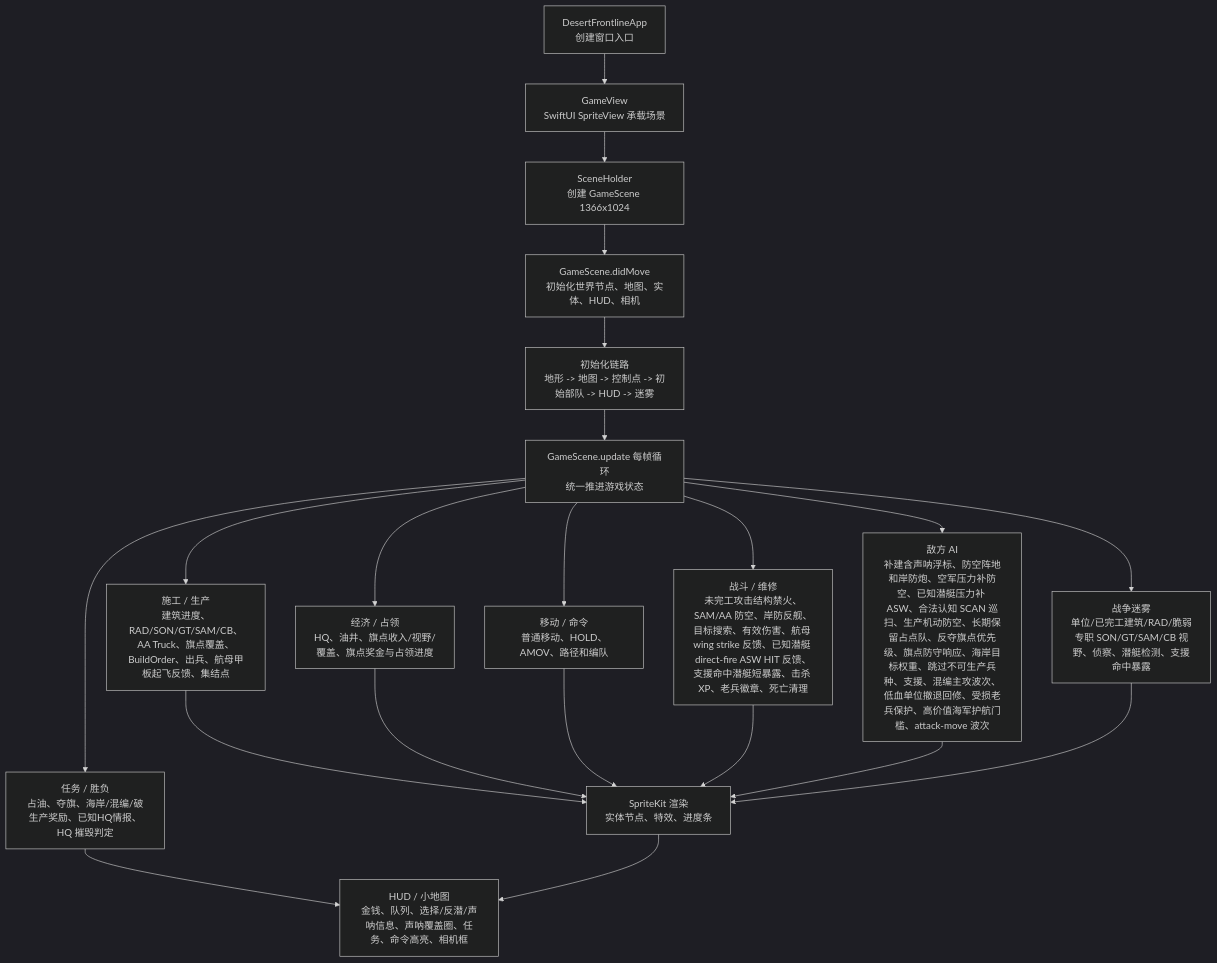
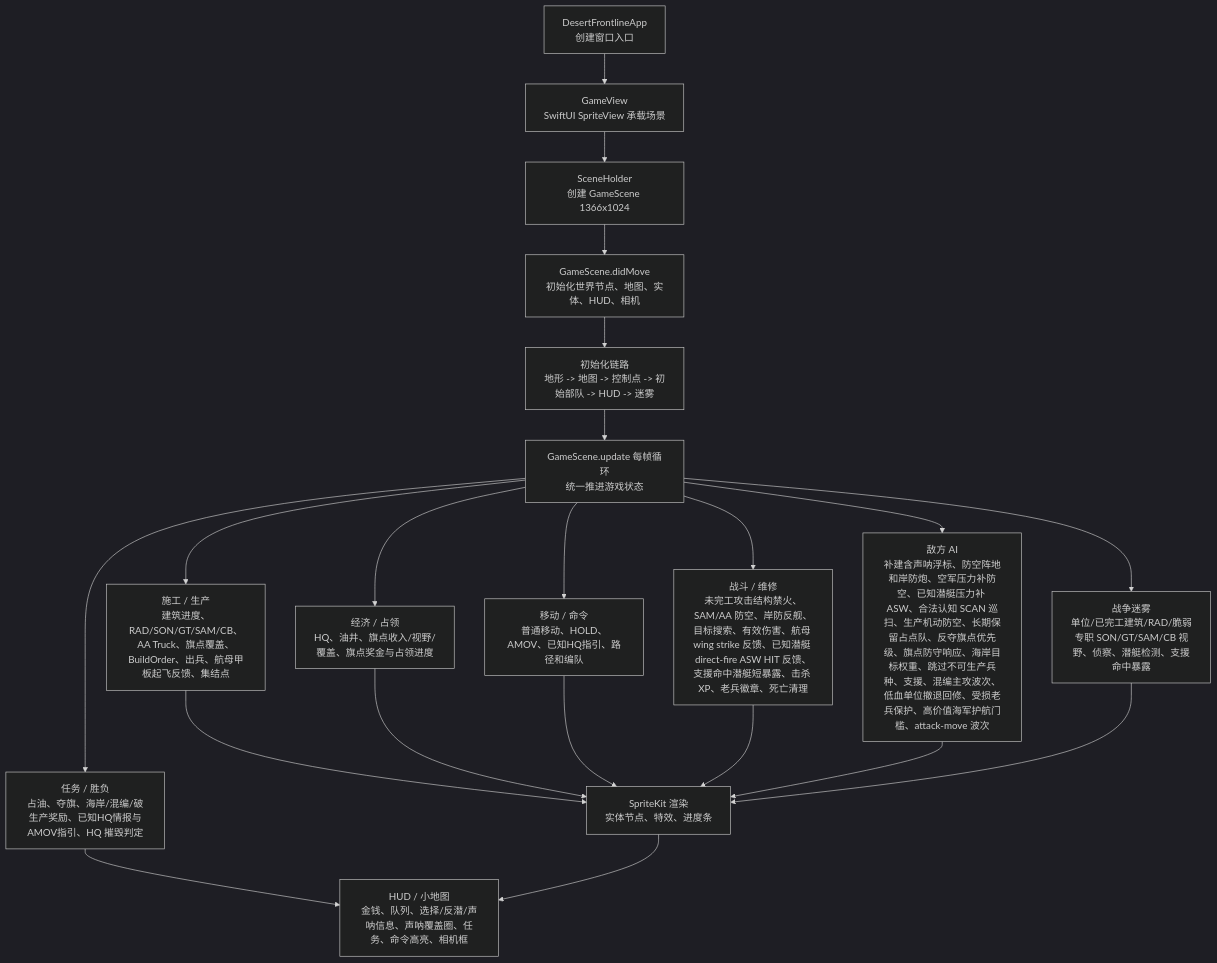
The first of 3 diagrams in md/flow/flowchart.md (Altman-sam114/1145), drawn with Mermaid (dark theme) before and after one commit. The commit also changed other lines of this file and 4 other files, not shown here.

````diff
--- a/md/flow/flowchart.md
+++ b/md/flow/flowchart.md
@@ -9,23 +9,23 @@
 ```mermaid
 flowchart TD
   App["DesertFrontlineApp\n创建窗口入口"] --> View["GameView\nSwiftUI SpriteView 承载场景"]
   View --> Holder["SceneHolder\n创建 GameScene 1366x1024"]
   Holder --> Scene["GameScene.didMove\n初始化世界节点、地图、实体、HUD、相机"]
   Scene --> Init["初始化链路\n地形 -> 地图 -> 控制点 -> 初始部队 -> HUD -> 迷雾"]
   Init --> Loop["GameScene.update 每帧循环\n统一推进游戏状态"]
   Loop --> Build["施工 / 生产\n建筑进度、RAD/SON/GT/SAM/CB、AA Truck、旗点覆盖、BuildOrder、出兵、航母甲板起飞反馈、集结点"]
   Loop --> Economy["经济 / 占领\nHQ、油井、旗点收入/视野/覆盖、旗点奖金与占领进度"]
-  Loop --> Commands["移动 / 命令\n普通移动、HOLD、AMOV、路径和编队"]
+  Loop --> Commands["移动 / 命令\n普通移动、HOLD、AMOV、已知HQ指引、路径和编队"]
   Loop --> Combat["战斗 / 维修\n未完工攻击结构禁火、SAM/AA 防空、岸防反舰、目标搜索、有效伤害、航母 wing strike 反馈、已知潜艇 direct-fire ASW HIT 反馈、支援命中潜艇短暴露、击杀 XP、老兵徽章、死亡清理"]
   Loop --> AI["敌方 AI\n补建含声呐浮标、防空阵地和岸防炮、空军压力补防空、已知潜艇压力补 ASW、合法认知 SCAN 巡扫、生产机动防空、长期保留占点队、反夺旗点优先级、旗点防守响应、海岸目标权重、跳过不可生产兵种、支援、混编主攻波次、低血单位撤退回修、受损老兵保护、高价值海军护航门槛、attack-move 波次"]
   Loop --> Fog["战争迷雾\n单位/已完工建筑/RAD/脆弱专职 SON/GT/SAM/CB 视野、侦察、潜艇检测、支援命中暴露"]
-  Loop --> Mission["任务 / 胜负\n占油、夺旗、海岸/混编/破生产奖励、已知HQ情报、HQ 摧毁判定"]
+  Loop --> Mission["任务 / 胜负\n占油、夺旗、海岸/混编/破生产奖励、已知HQ情报与AMOV指引、HQ 摧毁判定"]
   Build --> Render["SpriteKit 渲染\n实体节点、特效、进度条"]
   Economy --> Render
   Commands --> Render
   Combat --> Render
   AI --> Render
   Fog --> Render
   Mission --> HUD["HUD / 小地图\n金钱、队列、选择/反潜/声呐信息、声呐覆盖圈、任务、命令高亮、相机框"]
   Render --> HUD
 ```
````
